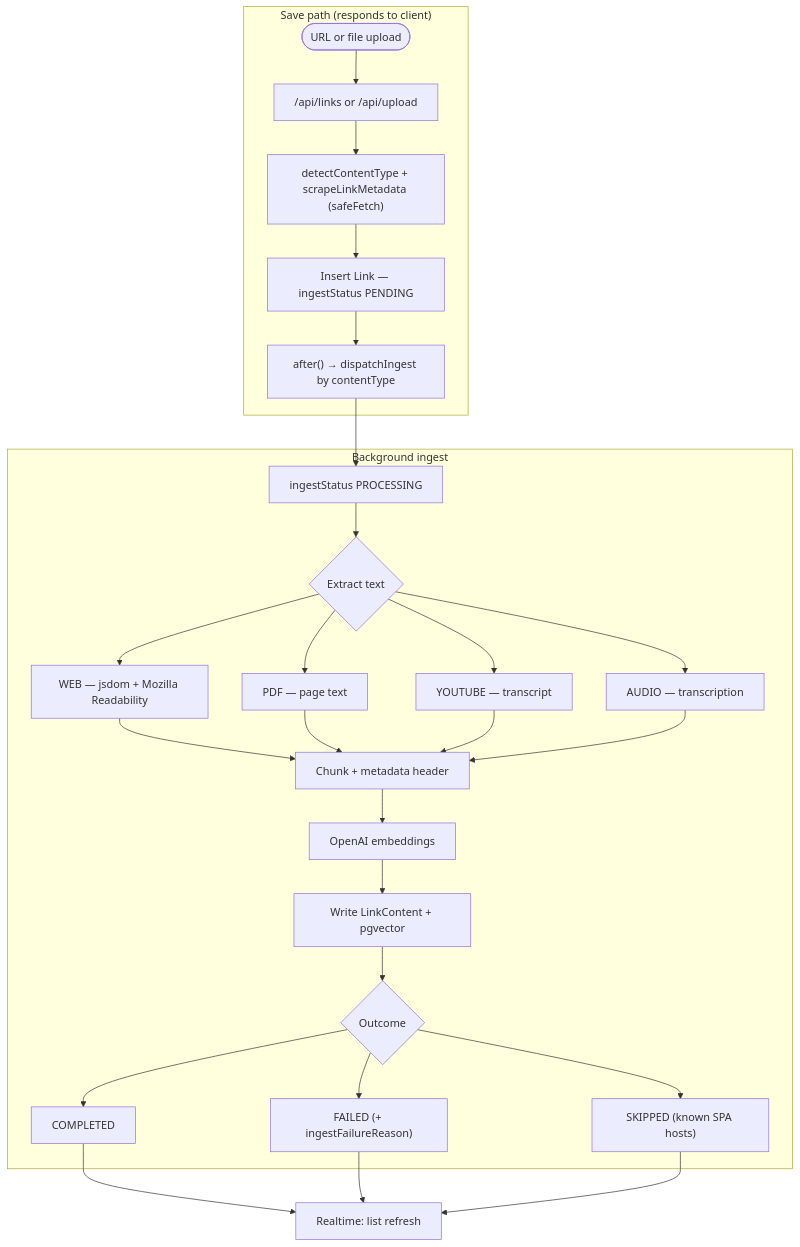
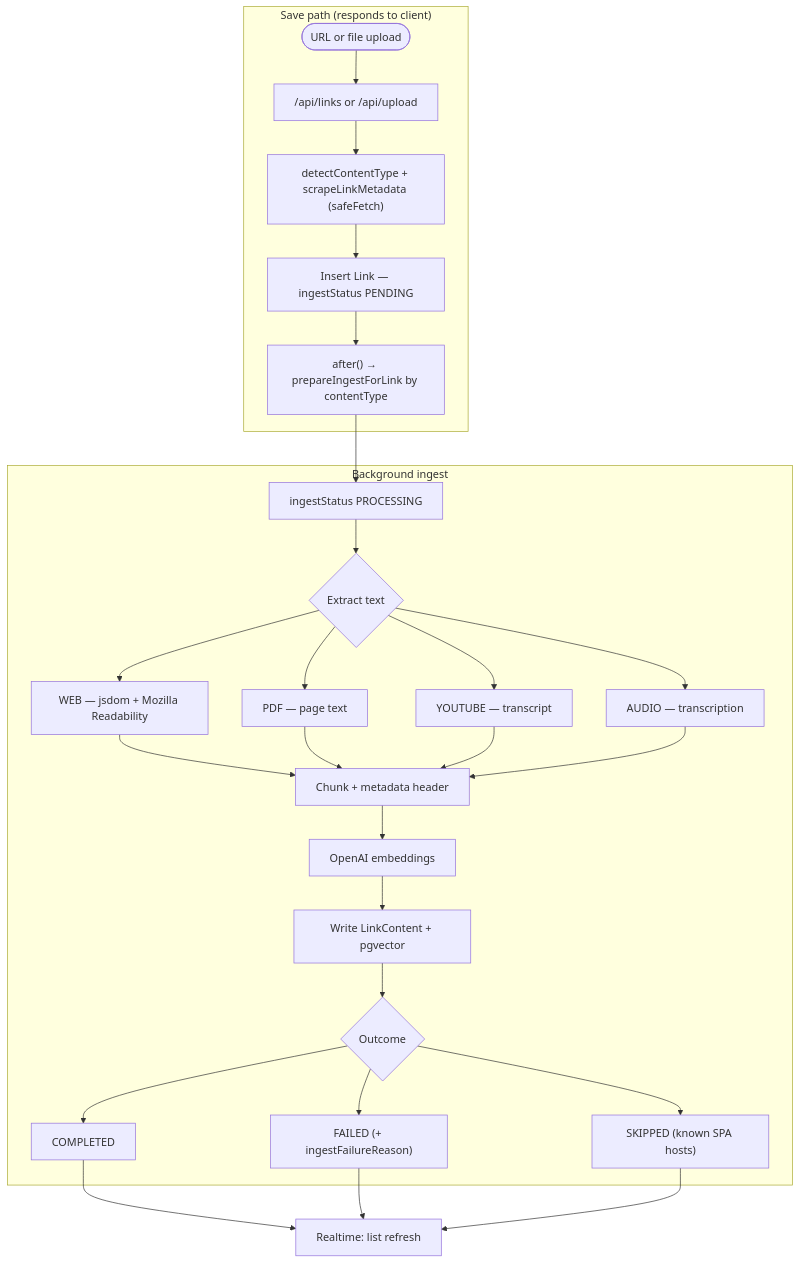
The diagram in README.md (nublson/purl), drawn with Mermaid before and after one commit. The commit also changed other lines of this file and 3 other files, not shown here.

````diff
--- a/README.md
+++ b/README.md
@@ -65,32 +65,32 @@
 ```mermaid
 flowchart TB
   subgraph save["Save path (responds to client)"]
     A(["URL or file upload"]) --> B["/api/links or /api/upload"]
     B --> C["detectContentType + scrapeLinkMetadata (safeFetch)"]
     C --> D["Insert Link — ingestStatus PENDING"]
-    D --> E["after() → dispatchIngest by contentType"]
+    D --> E["after() → prepareIngestForLink by contentType"]
   end
 
   subgraph work["Background ingest"]
     E --> F["ingestStatus PROCESSING"]
     F --> G{"Extract text"}
     G --> W["WEB — jsdom + Mozilla Readability"]
     G --> P["PDF — page text"]
     G --> Y["YOUTUBE — transcript"]
     G --> A2["AUDIO — transcription"]
     W --> H["Chunk + metadata header"]
     P --> H
     Y --> H
     A2 --> H
     H --> I["OpenAI embeddings"]
     I --> J["Write LinkContent + pgvector"]
     J --> K{"Outcome"}
     K --> K1["COMPLETED"]
     K --> K2["FAILED (+ ingestFailureReason)"]
     K --> K3["SKIPPED (known SPA hosts)"]
   end
 
   K1 --> R["Realtime: list refresh"]
   K2 --> R
   K3 --> R
 ```
````
